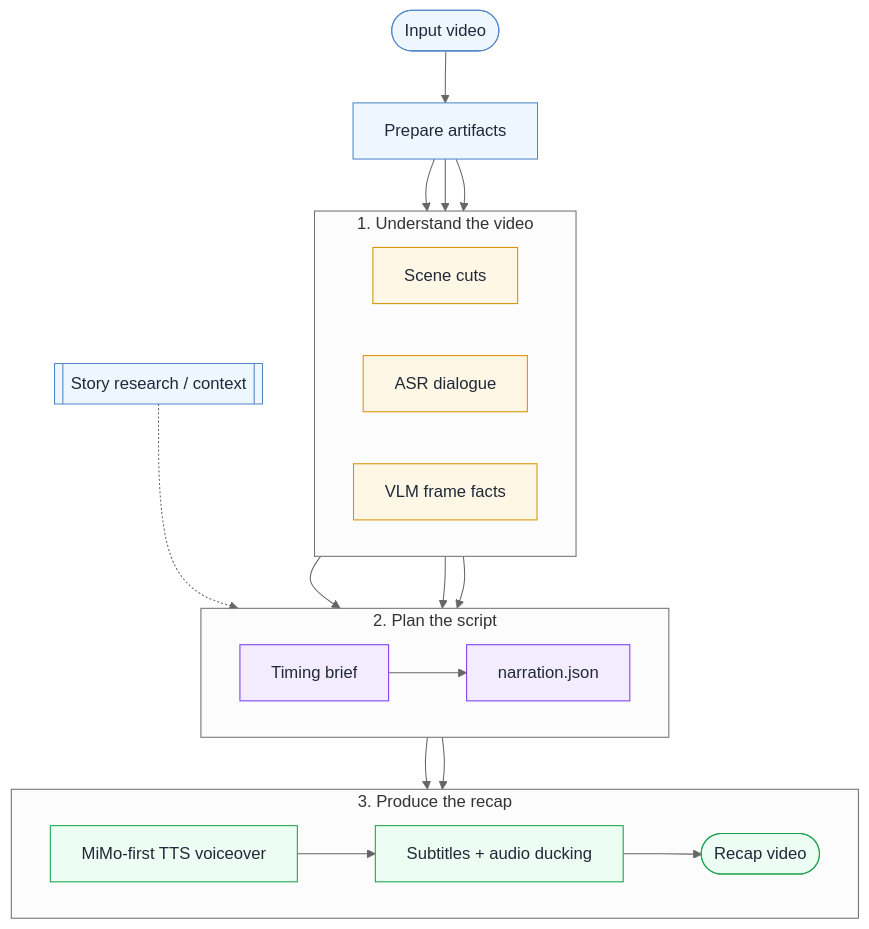
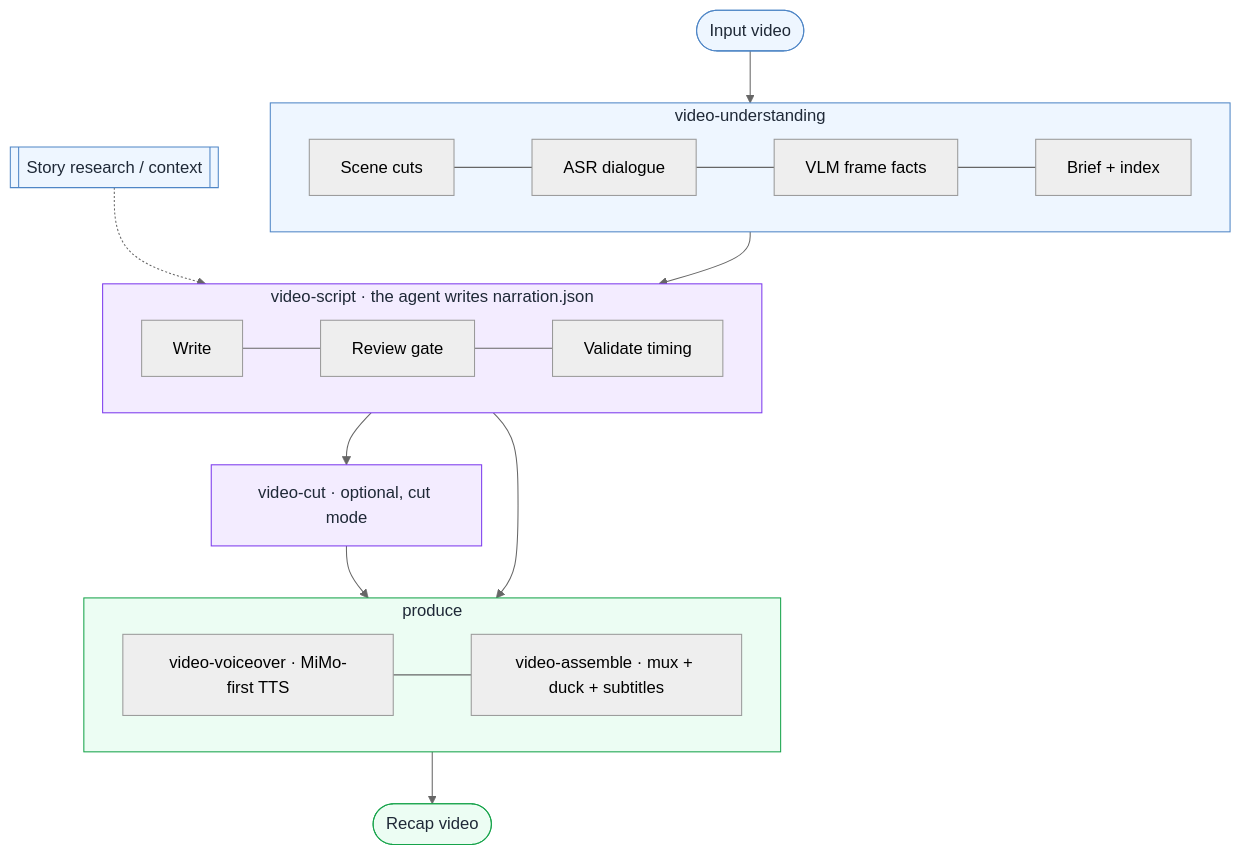
One commit to worldwonderer/video-recap-skills changed the diagram in README.md. Above: the diagram before and after it, drawn with Mermaid (neutral theme). The commit also changed other lines of this file and 4 other files, not shown here.

````diff
--- a/README.md
+++ b/README.md
@@ -20,46 +23,34 @@
 ```mermaid
 flowchart TB
-    input([Input video]) --> prep[Prepare artifacts]
-    context[[Story research / context]] -.-> brief
+    input([Input video]) --> understand
+    context[[Story research / context]] -.-> script
 
-    subgraph understand[1. Understand the video]
+    subgraph understand[video-understanding]
         direction LR
-        scene[Scene cuts]
-        asr[ASR dialogue]
-        vlm[VLM frame facts]
+        scene[Scene cuts] --- asr[ASR dialogue] --- vlm[VLM frame facts] --- brief[Brief + index]
     end
 
-    subgraph write[2. Plan the script]
+    subgraph script[video-script · the agent writes narration.json]
         direction LR
-        brief[Timing brief]
-        script[narration.json]
+        write[Write] --- review[Review gate] --- validate[Validate timing]
     end
 
-    subgraph produce[3. Produce the recap]
+    cut[video-cut · optional, cut mode]
+    subgraph produce[produce]
         direction LR
-        tts[MiMo-first TTS voiceover]
-        mix[Subtitles + audio ducking]
-        output([Recap video])
+        voice[video-voiceover · MiMo-first TTS] --- assemble[video-assemble · mux + duck + subtitles]
     end
+    output([Recap video])
 
-    prep --> scene
-    prep --> asr
-    prep --> vlm
-    scene --> brief
-    asr --> brief
-    vlm --> brief
-    brief --> script
-    script --> tts
-    script --> mix
-    tts --> mix
-    mix --> output
+    understand --> script
+    script --> cut --> produce
+    script --> produce
+    produce --> output
 
-    classDef source fill:#eef6ff,stroke:#4f86c6,stroke-width:1px,color:#1f2937;
-    classDef analysis fill:#fff7e6,stroke:#d99100,stroke-width:1px,color:#1f2937;
-    classDef scriptStyle fill:#f3ecff,stroke:#7c3aed,stroke-width:1px,color:#1f2937;
-    classDef output fill:#ecfdf3,stroke:#16a34a,stroke-width:1px,color:#1f2937;
-    class input,context,prep source;
-    class scene,asr,vlm analysis;
-    class brief,script scriptStyle;
-    class tts,mix,output output;
+    classDef s fill:#eef6ff,stroke:#4f86c6,color:#1f2937;
+    classDef w fill:#f3ecff,stroke:#7c3aed,color:#1f2937;
+    classDef p fill:#ecfdf3,stroke:#16a34a,color:#1f2937;
+    class input,context,understand s;
+    class script,cut w;
+    class produce,output p;
 ```
````
